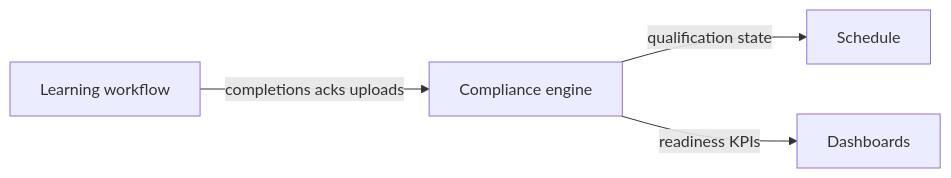
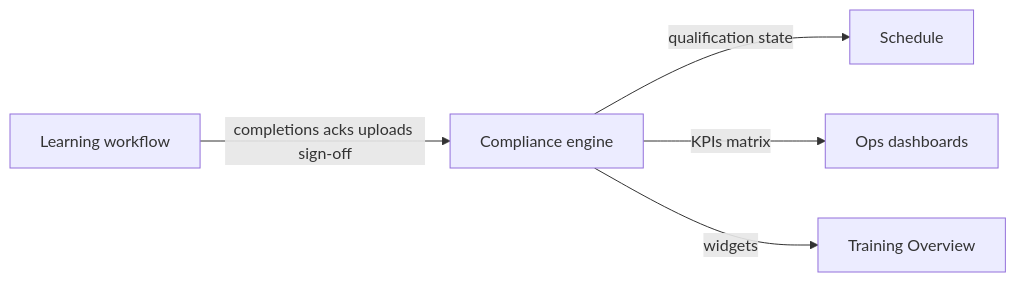
One commit to helixsystemsca/pulse changed the diagram in frontend/docs/TRAINING_ARCHITECTURE.md. Above: the diagram before and after it, drawn with Mermaid. The commit also changed other lines of this file and 32 other files, not shown here.

````diff
--- a/frontend/docs/TRAINING_ARCHITECTURE.md
+++ b/frontend/docs/TRAINING_ARCHITECTURE.md
@@ -39,11 +22,12 @@
 ```mermaid
 flowchart LR
   Learning[Learning workflow]
   Compliance[Compliance engine]
   Schedule[Schedule]
-  Dashboard[Dashboards]
+  OpsDash[Ops dashboards]
 
-  Learning -->|completions acks uploads| Compliance
+  Learning -->|completions acks uploads sign-off| Compliance
   Compliance -->|qualification state| Schedule
-  Compliance -->|readiness KPIs| Dashboard
+  Compliance -->|KPIs matrix| OpsDash
+  Compliance -->|widgets| Overview[Training Overview]
 ```
````
